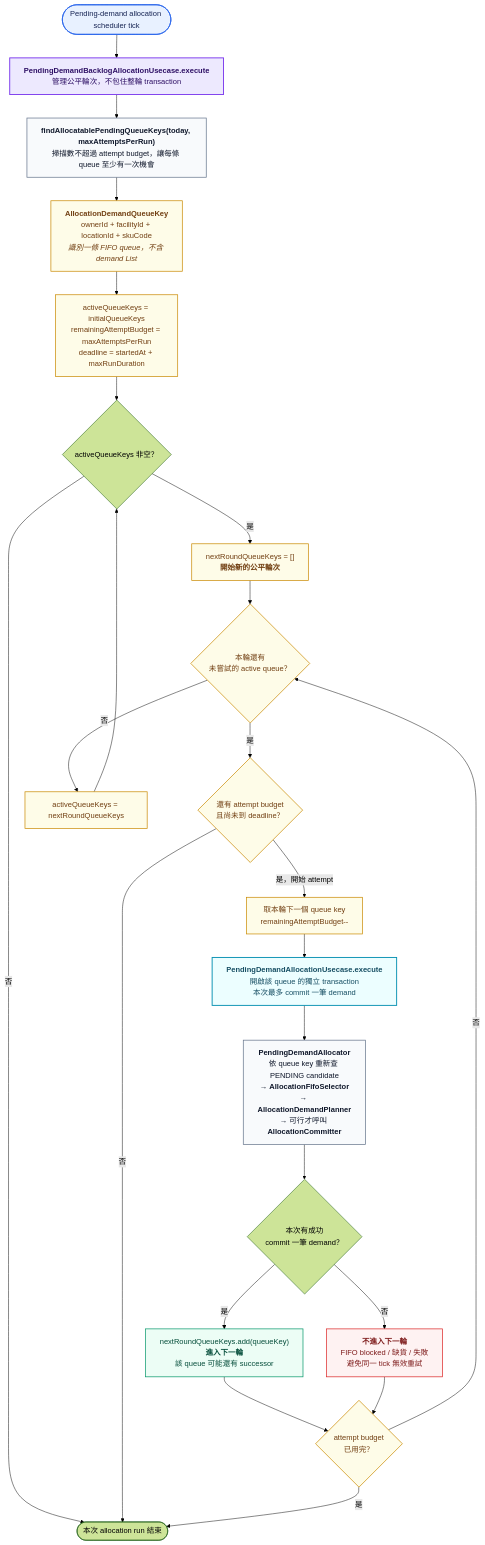
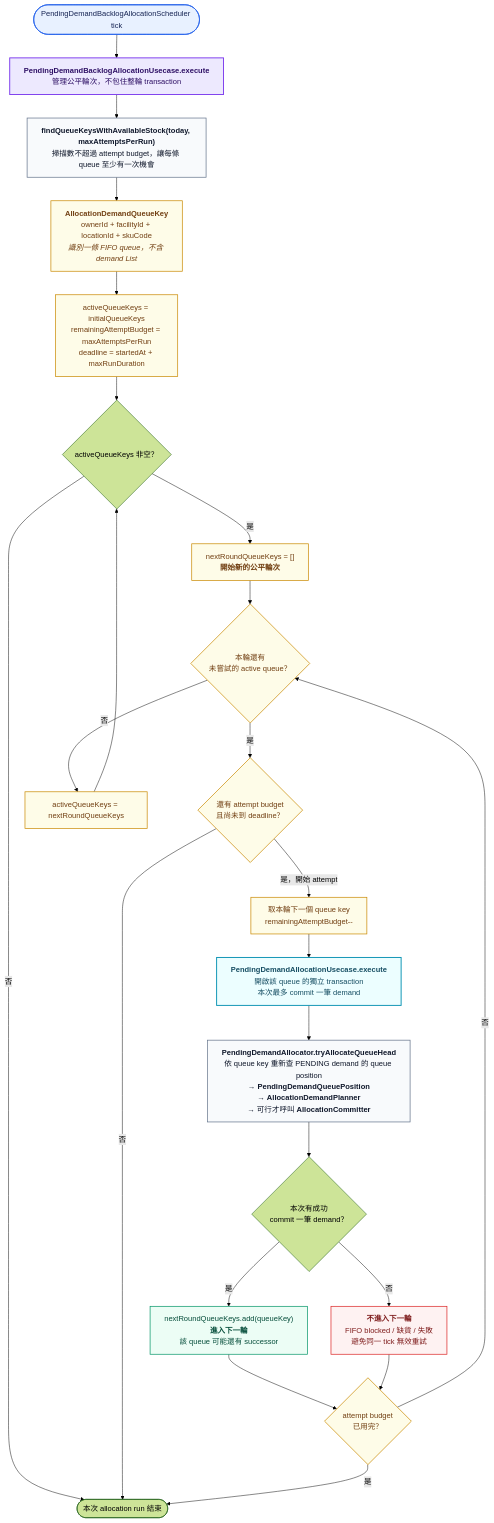
Before and after one commit to zhjiangexe/order-allocation-arch-demo: the diagram in docs/diagrams/pending-demand-backlog-allocation-activity.mmd, drawn with Mermaid (forest theme). The commit also changed 40 other files, not shown here.

Commit message:
refactor(allocation): separate pending demand selection queries

```diff
--- a/docs/diagrams/pending-demand-backlog-allocation-activity.mmd
+++ b/docs/diagrams/pending-demand-backlog-allocation-activity.mmd
@@ -1,47 +1,47 @@
 flowchart TB
-    START([Pending-demand allocation scheduler tick])
+    START([PendingDemandBacklogAllocationScheduler tick])
     USECASE["<b>PendingDemandBacklogAllocationUsecase.execute</b><br/>管理公平輪次，不包住整輪 transaction"]
-    FIND["<b>findAllocatablePendingQueueKeys(today, maxAttemptsPerRun)</b><br/>掃描數不超過 attempt budget，讓每條 queue 至少有一次機會"]
+    FIND["<b>findQueueKeysWithAvailableStock(today, maxAttemptsPerRun)</b><br/>掃描數不超過 attempt budget，讓每條 queue 至少有一次機會"]
     QUEUE_KEY["<b>AllocationDemandQueueKey</b><br/>ownerId + facilityId + locationId + skuCode<br/><i>識別一條 FIFO queue，不含 demand List</i>"]
     INIT["activeQueueKeys = initialQueueKeys<br/>remainingAttemptBudget = maxAttemptsPerRun<br/>deadline = startedAt + maxRunDuration"]
     HAS_WORK{"activeQueueKeys 非空？"}
     WITHIN_LIMIT{"還有 attempt budget<br/>且尚未到 deadline？"}
     ROUND["nextRoundQueueKeys = []<br/><b>開始新的公平輪次</b>"]
     HAS_QUEUE{"本輪還有<br/>未嘗試的 active queue？"}
     ATTEMPT["取本輪下一個 queue key<br/>remainingAttemptBudget--"]
     TX["<b>PendingDemandAllocationUsecase.execute</b><br/>開啟該 queue 的獨立 transaction<br/>本次最多 commit 一筆 demand"]
-    PIPELINE["<b>PendingDemandAllocator</b><br/>依 queue key 重新查 PENDING candidate<br/>→ <b>AllocationFifoSelector</b><br/>→ <b>AllocationDemandPlanner</b><br/>→ 可行才呼叫 <b>AllocationCommitter</b>"]
+    PIPELINE["<b>PendingDemandAllocator.tryAllocateQueueHead</b><br/>依 queue key 重新查 PENDING demand 的 queue position<br/>→ <b>PendingDemandQueuePosition</b><br/>→ <b>AllocationDemandPlanner</b><br/>→ 可行才呼叫 <b>AllocationCommitter</b>"]
     SUCCESS{"本次有成功<br/>commit 一筆 demand？"}
     CONTINUE["nextRoundQueueKeys.add(queueKey)<br/><b>進入下一輪</b><br/>該 queue 可能還有 successor"]
     STOP["<b>不進入下一輪</b><br/>FIFO blocked / 缺貨 / 失敗<br/>避免同一 tick 無效重試"]
     NEXT_ROUND["activeQueueKeys = nextRoundQueueKeys"]
     BUDGET{"attempt budget<br/>已用完？"}
     DONE(["本次 allocation run 結束"])
 
     START --> USECASE --> FIND --> QUEUE_KEY --> INIT --> HAS_WORK
     HAS_WORK -- "否" --> DONE
     HAS_WORK -- "是" --> ROUND --> HAS_QUEUE
     HAS_QUEUE -- "否" --> NEXT_ROUND --> HAS_WORK
     HAS_QUEUE -- "是" --> WITHIN_LIMIT
     WITHIN_LIMIT -- "否" --> DONE
     WITHIN_LIMIT -- "是，開始 attempt" --> ATTEMPT --> TX --> PIPELINE --> SUCCESS
     SUCCESS -- "是" --> CONTINUE --> BUDGET
     SUCCESS -- "否" --> STOP --> BUDGET
     BUDGET -- "是" --> DONE
     BUDGET -- "否" --> HAS_QUEUE
 
     classDef trigger fill:#e8f1ff,stroke:#2563eb,color:#172554,stroke-width:1.5px;
     classDef usecase fill:#ede9fe,stroke:#7c3aed,color:#2e1065,stroke-width:2px;
     classDef transaction fill:#ecfeff,stroke:#0891b2,color:#164e63,stroke-width:2px;
     classDef component fill:#f8fafc,stroke:#64748b,color:#0f172a,stroke-width:1.5px;
     classDef round fill:#fefce8,stroke:#ca8a04,color:#713f12,stroke-width:1.5px;
     classDef success fill:#ecfdf5,stroke:#059669,color:#064e3b,stroke-width:1.5px;
     classDef stop fill:#fef2f2,stroke:#dc2626,color:#7f1d1d,stroke-width:1.5px;
 
     class START trigger;
     class USECASE usecase;
     class TX transaction;
     class FIND,PIPELINE component;
     class QUEUE_KEY,INIT,ROUND,HAS_QUEUE,WITHIN_LIMIT,ATTEMPT,NEXT_ROUND,BUDGET round;
     class CONTINUE success;
     class STOP stop;
```
